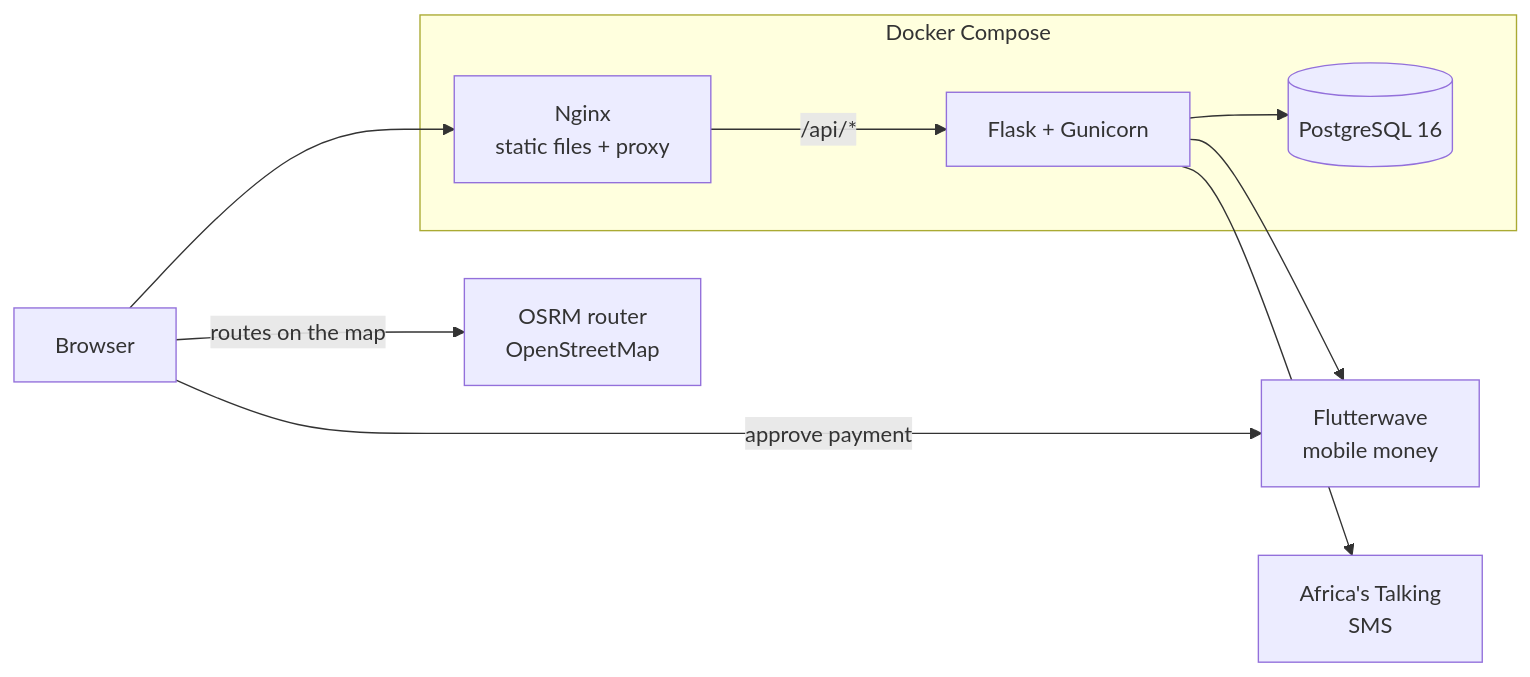
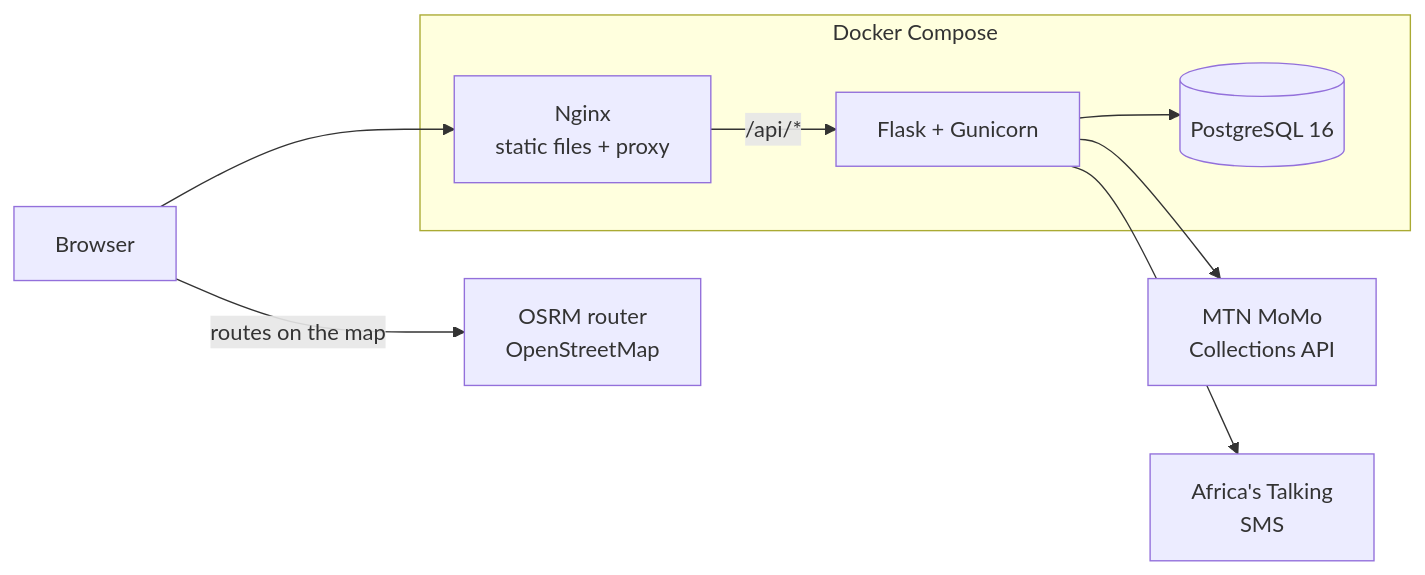
Before and after one commit to ixhm-brix/etike: the first of 3 diagrams in docs/architecture.md, drawn with Mermaid. The commit also changed other lines of this file and 22 other files, not shown here.

First line of the commit message:
Payments: MTN MoMo request to pay instead of Flutterwave

````diff
--- a/docs/architecture.md
+++ b/docs/architecture.md
@@ -13,12 +13,11 @@
 ```mermaid
 flowchart LR
     Browser[Browser] --> Nginx
     subgraph Docker Compose
         Nginx[Nginx<br/>static files + proxy] -->|/api/*| Flask[Flask + Gunicorn]
         Flask --> DB[(PostgreSQL 16)]
     end
-    Flask --> FLW[Flutterwave<br/>mobile money]
+    Flask --> MOMO[MTN MoMo<br/>Collections API]
     Flask --> SMS[Africa's Talking<br/>SMS]
     Browser -->|routes on the map| OSRM[OSRM router<br/>OpenStreetMap]
-    Browser -->|approve payment| FLW
 ```
````
